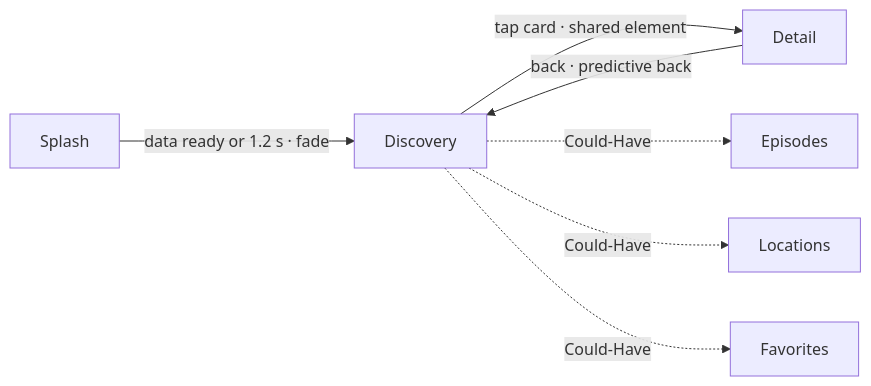
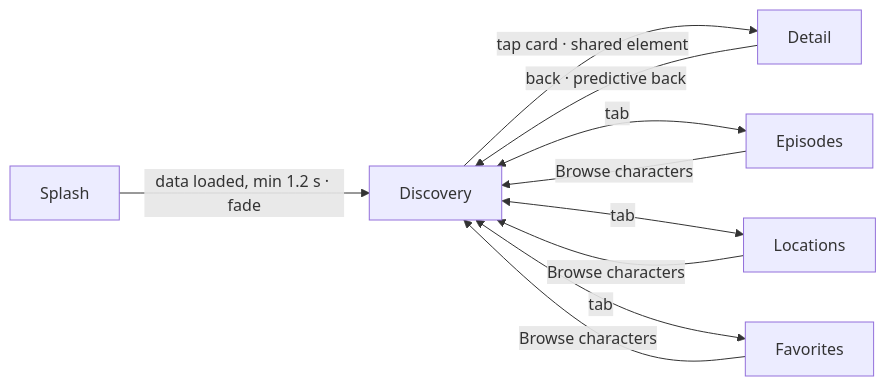
Before and after one commit to davidru85/RickAndMorty: the diagram in docs/UI_SPEC.md, drawn with Mermaid. The commit also changed other lines of this file and 1 other file, not shown here.

First line of the commit message:
Document Episodes, Locations and Favorites placeholder screens

````diff
--- a/docs/UI_SPEC.md
+++ b/docs/UI_SPEC.md
@@ -392,7 +428,10 @@
 ```mermaid
 flowchart LR
-    Splash -->|data ready or 1.2 s · fade| Discovery
+    Splash -->|data loaded, min 1.2 s · fade| Discovery
     Discovery -->|tap card · shared element| Detail
     Detail -->|back · predictive back| Discovery
-    Discovery -.->|Could-Have| Episodes & Locations & Favorites
+    Discovery <-->|tab| Episodes
+    Discovery <-->|tab| Locations
+    Discovery <-->|tab| Favorites
+    Episodes & Locations & Favorites -->|Browse characters| Discovery
 ```
````
